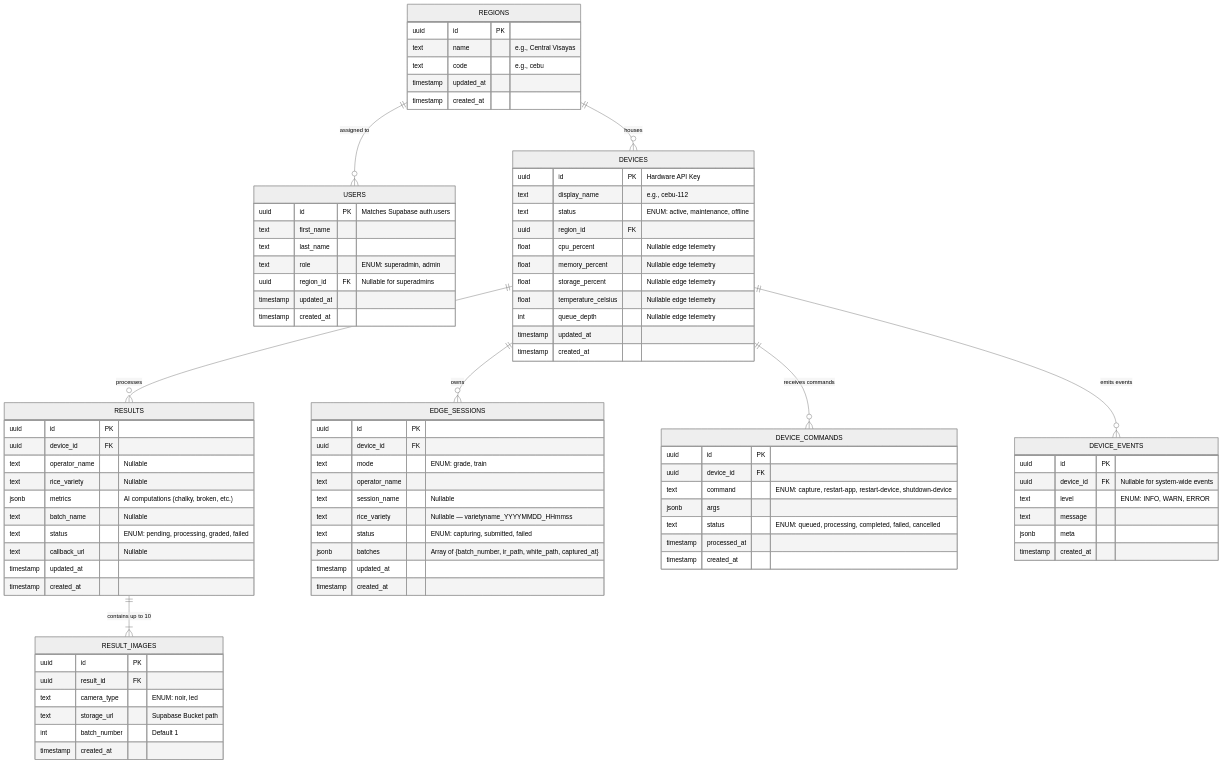
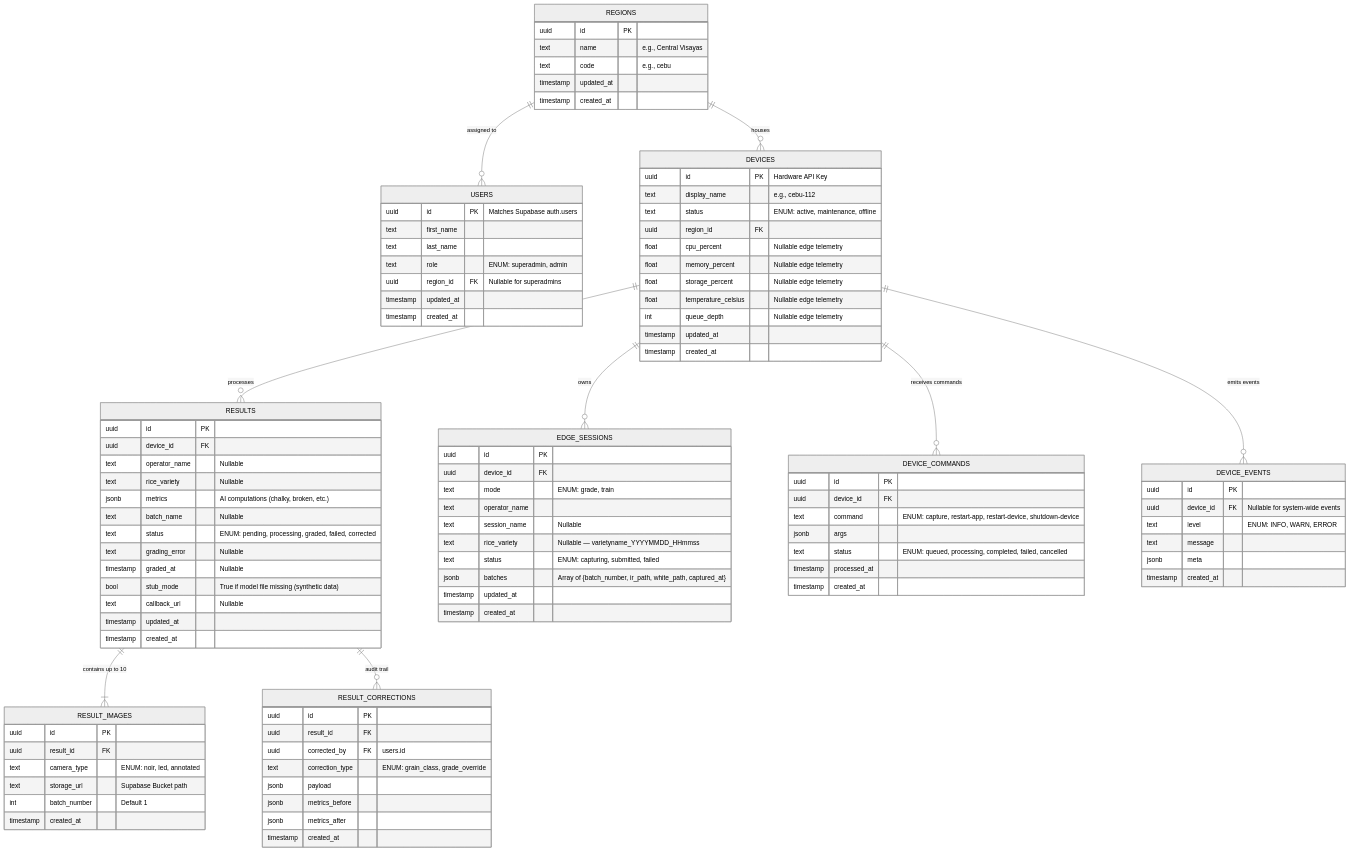
One commit to PhilRice-CITU/docs-and-architecture changed the diagram in api-server/database-schema.md. Above: the diagram before and after it, drawn with Mermaid (neutral theme). The commit also changed 8 other files, not shown here.

```diff
--- a/api-server/database-schema.md
+++ b/api-server/database-schema.md
@@ -43,7 +43,10 @@
         text rice_variety "Nullable"
         jsonb metrics "AI computations (chalky, broken, etc.)"
         text batch_name "Nullable"
-        text status "ENUM: pending, processing, graded, failed"
+        text status "ENUM: pending, processing, graded, failed, corrected"
+        text grading_error "Nullable"
+        timestamp graded_at "Nullable"
+        bool stub_mode "True if model file missing (synthetic data)"
         text callback_url "Nullable"
         timestamp updated_at
         timestamp created_at
@@ -52,7 +55,7 @@
     RESULT_IMAGES {
         uuid id PK
         uuid result_id FK
-        text camera_type "ENUM: noir, led"
+        text camera_type "ENUM: noir, led, annotated"
         text storage_url "Supabase Bucket path"
         int batch_number "Default 1"
         timestamp created_at
@@ -90,10 +93,22 @@
         timestamp created_at
     }
 
+    RESULT_CORRECTIONS {
+        uuid id PK
+        uuid result_id FK
+        uuid corrected_by FK "users.id"
+        text correction_type "ENUM: grain_class, grade_override"
+        jsonb payload
+        jsonb metrics_before
+        jsonb metrics_after
+        timestamp created_at
+    }
+
     REGIONS ||--o{ USERS : "assigned to"
     REGIONS ||--o{ DEVICES : "houses"
     DEVICES ||--o{ RESULTS : "processes"
     RESULTS ||--|{ RESULT_IMAGES : "contains up to 10"
+    RESULTS ||--o{ RESULT_CORRECTIONS : "audit trail"
     DEVICES ||--o{ DEVICE_COMMANDS : "receives commands"
     DEVICES ||--o{ DEVICE_EVENTS : "emits events"
     DEVICES ||--o{ EDGE_SESSIONS : "owns"
```
